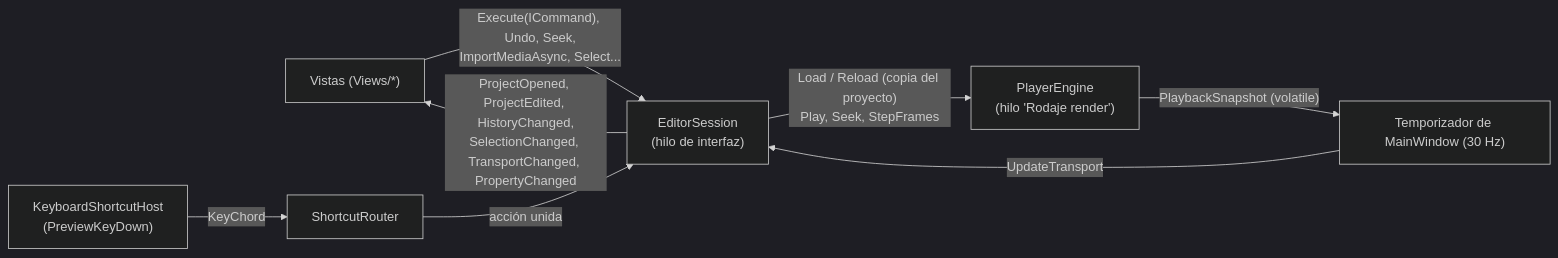
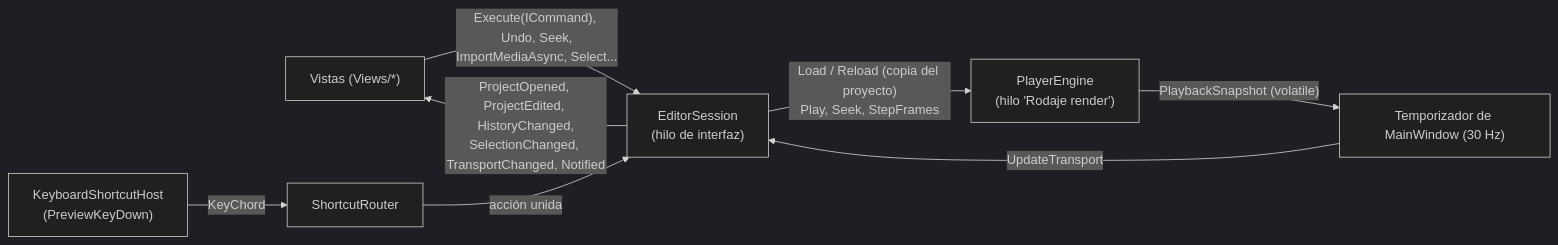
Before and after one commit to Dathinel/rodaje: the diagram in docs/arquitectura/app.md, drawn with Mermaid (dark theme). The commit also changed other lines of this file and 3 other files, not shown here.

````diff
--- a/docs/arquitectura/app.md
+++ b/docs/arquitectura/app.md
@@ -23,8 +21,8 @@
 ```mermaid
 flowchart LR
     V["Vistas (Views/*)"] -->|"Execute(ICommand), Undo, Seek,<br/>ImportMediaAsync, Select..."| S["EditorSession<br/>(hilo de interfaz)"]
-    S -->|"ProjectOpened, ProjectEdited, HistoryChanged,<br/>SelectionChanged, TransportChanged, PropertyChanged"| V
+    S -->|"ProjectOpened, ProjectEdited, HistoryChanged,<br/>SelectionChanged, TransportChanged, Notified"| V
     S -->|"Load / Reload (copia del proyecto)<br/>Play, Seek, StepFrames"| P["PlayerEngine<br/>(hilo 'Rodaje render')"]
     P -->|"PlaybackSnapshot (volatile)"| T["Temporizador de MainWindow (30 Hz)"] -->|UpdateTransport| S
     K["KeyboardShortcutHost<br/>(PreviewKeyDown)"] -->|KeyChord| R["ShortcutRouter"] -->|"acción unida"| S
 ```
````
